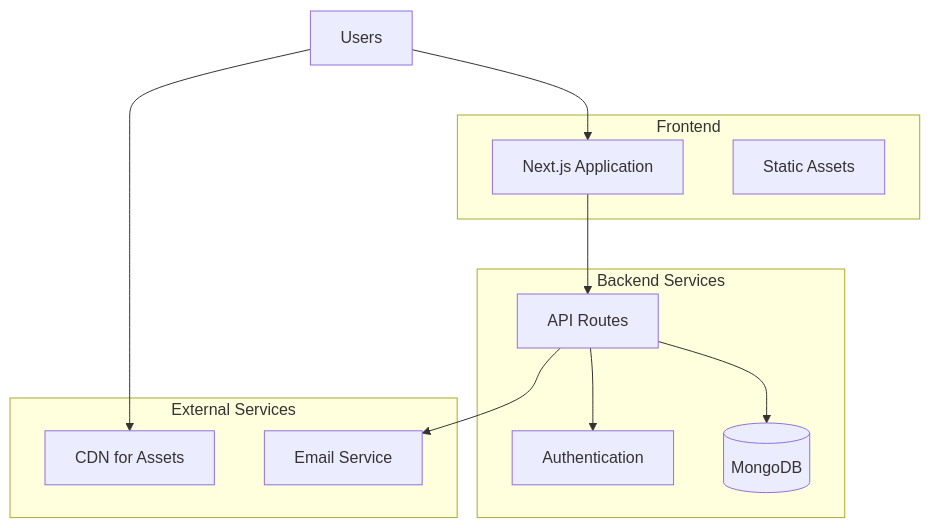
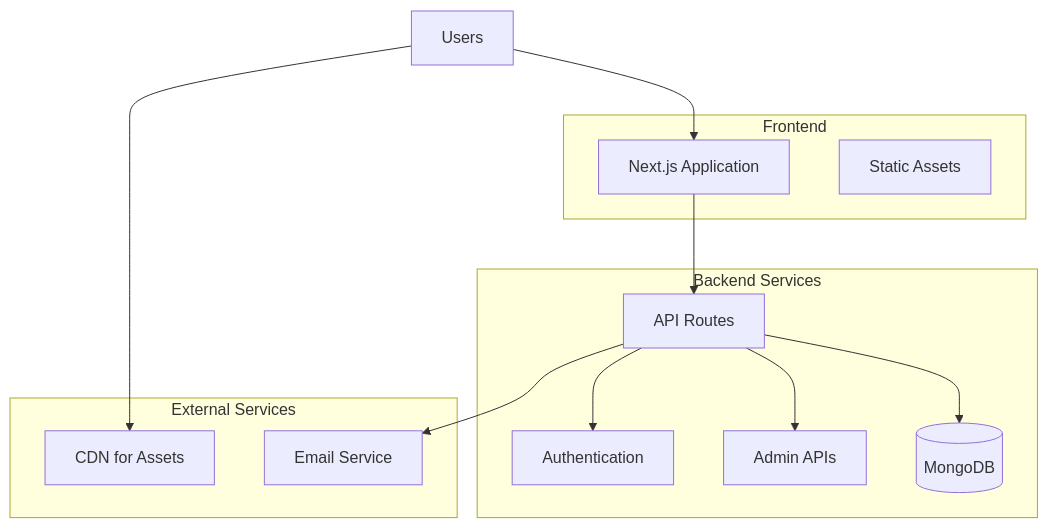
One commit to ehmjhay11/hackathon changed the seventh of 7 diagrams in trackify/ARCHITECTURE.md. Above: the diagram before and after it, drawn with Mermaid. The commit also changed other lines of this file, not shown here.

Commit message:
updated-architecture

````diff
--- a/trackify/ARCHITECTURE.md
+++ b/trackify/ARCHITECTURE.md
@@ -313,25 +579,27 @@
 ```mermaid
 graph TB
     subgraph "Frontend"
         NEXTJS[Next.js Application]
         STATIC[Static Assets]
     end
     
     subgraph "Backend Services"
         API[API Routes]
         AUTH[Authentication]
+        ADMIN[Admin APIs]
         DB[(MongoDB)]
     end
     
     subgraph "External Services"
         CDN[CDN for Assets]
         EMAIL[Email Service]
     end
     
     USER[Users] --> CDN
     USER --> NEXTJS
     NEXTJS --> API
     API --> AUTH
+    API --> ADMIN
     API --> DB
     API --> EMAIL
 ```
````
